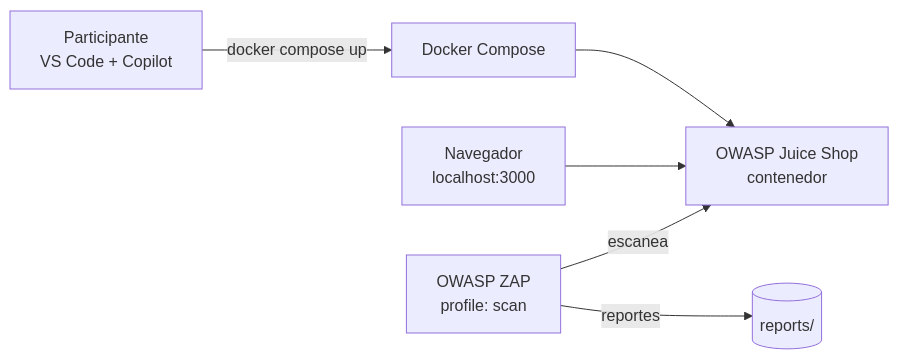
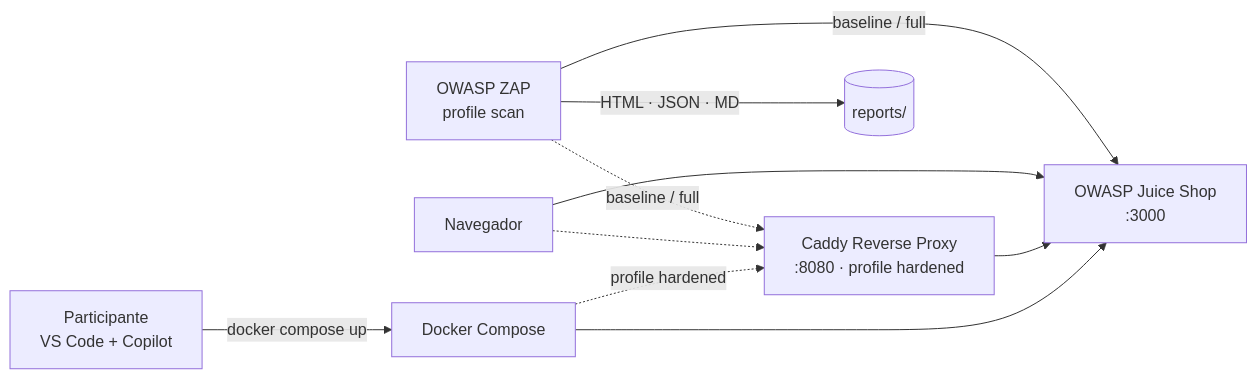
Before and after one commit to raven-operations/copilot-dast-workshop: the first of 2 diagrams in README.md, drawn with Mermaid. The commit also changed other lines of this file and 1 other file, not shown here.

First line of the commit message:
docs: split architecture into two scenarios (Juice Shop / vulnerable-api)

````diff
--- a/README.md
+++ b/README.md
@@ -47,15 +56,20 @@
 ```mermaid
 flowchart LR
     Dev["Participante<br>VS Code + Copilot"]
     Compose["Docker Compose"]
-    Juice["OWASP Juice Shop<br>contenedor"]
-    Browser["Navegador<br>localhost:3000"]
-    ZAP["OWASP ZAP<br>profile: scan"]
+    Juice["OWASP Juice Shop<br>:3000"]
+    Proxy["Caddy Reverse Proxy<br>:8080 · profile hardened"]
+    Browser["Navegador"]
+    ZAP["OWASP ZAP<br>profile scan"]
     Reports[("reports/")]
 
     Dev -->|docker compose up| Compose
     Compose --> Juice
+    Compose -.->|profile hardened| Proxy
+    Proxy --> Juice
     Browser --> Juice
-    ZAP -->|escanea| Juice
-    ZAP -->|reportes| Reports
+    Browser -.-> Proxy
+    ZAP -->|baseline / full| Juice
+    ZAP -.->|baseline / full| Proxy
+    ZAP -->|HTML · JSON · MD| Reports
 ```
````
